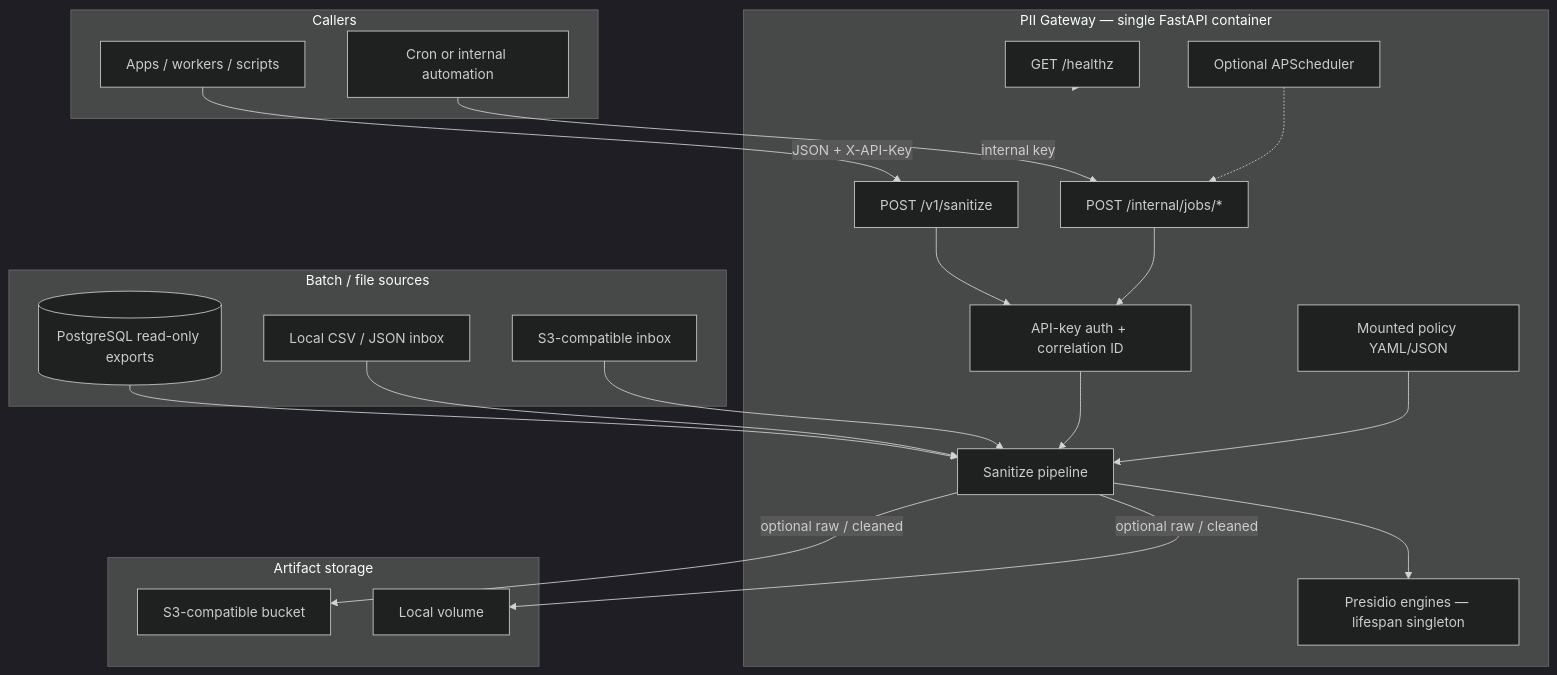
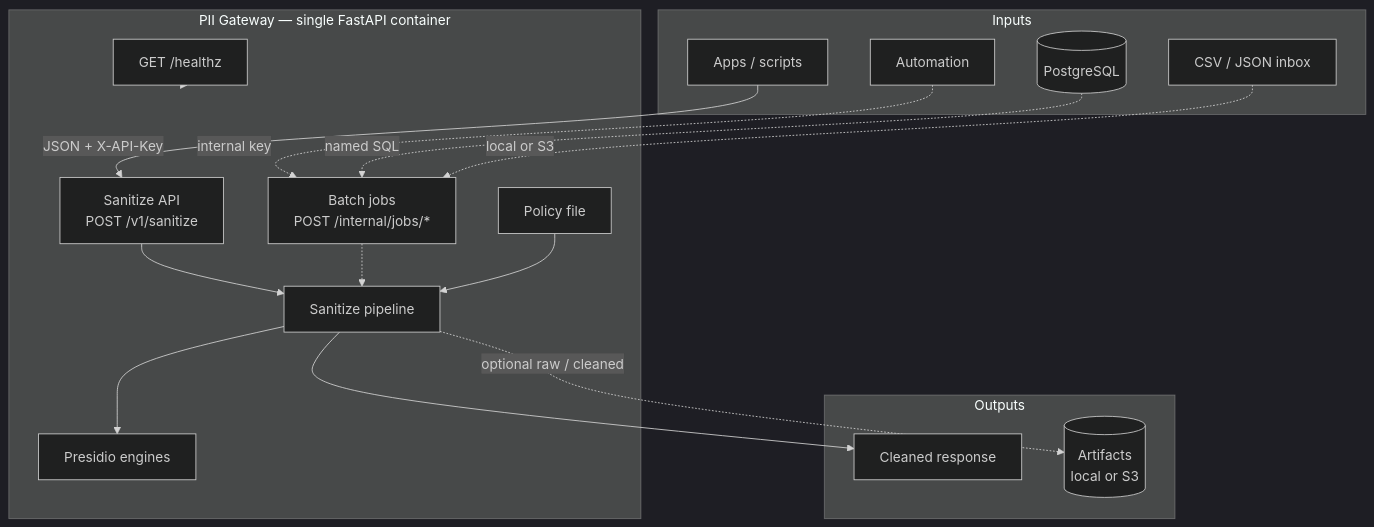
The diagram in docs/architecture.mmd (aryanjohari/pii-gateway), drawn with Mermaid (dark theme) before and after one commit. The commit also changed 12 other files, not shown here.

```diff
--- a/docs/architecture.mmd
+++ b/docs/architecture.mmd
@@ -1,47 +1,37 @@
-%% PII Gateway — portfolio / How it works diagram
-%% Canonical Mermaid source. Keep in sync with any embedded copy in docs.
+%% PII Gateway — portfolio / How it works diagram (aligned with C2)
+%% Canonical Mermaid source. Keep in sync with docs/c4/2-containers.* and architecture.graph.json.
 %% View: https://mermaid.live  |  local: open docs/view-architecture.html
 
 flowchart TB
-  subgraph callers["Callers"]
-    APP[Apps / workers / scripts]
-    AUTO[Cron or internal automation]
+  subgraph inputs["Inputs"]
+    APP[Apps / scripts]
+    AUTO[Automation]
+    PG[(PostgreSQL)]
+    INBOX[CSV / JSON inbox]
   end
 
-  subgraph gw["PII Gateway — single FastAPI container"]
-    SAN[POST /v1/sanitize]
-    JOBS[POST /internal/jobs/*]
+  subgraph core["PII Gateway — single FastAPI container"]
+    SAN[Sanitize API<br/>POST /v1/sanitize]
+    JOBS[Batch jobs<br/>POST /internal/jobs/*]
     HZ[GET /healthz]
-    AUTH[API-key auth + correlation ID]
-    POL[Mounted policy YAML/JSON]
+    POL[Policy file]
     PIPE[Sanitize pipeline]
-    PR[Presidio engines — lifespan singleton]
-    SCH[Optional APScheduler]
-
-    SAN --> AUTH
-    JOBS --> AUTH
-    AUTH --> PIPE
-    POL --> PIPE
-    PIPE --> PR
-    SCH -.-> JOBS
+    PR[Presidio engines]
   end
 
-  subgraph inbound["Batch / file sources"]
-    PG[(PostgreSQL read-only exports)]
-    LOC[Local CSV / JSON inbox]
-    S3IN[S3-compatible inbox]
-  end
-
-  subgraph out["Artifact storage"]
-    DISK[Local volume]
-    S3OUT[S3-compatible bucket]
+  subgraph outputs["Outputs"]
+    RESP[Cleaned response]
+    ART[(Artifacts<br/>local or S3)]
   end
 
   APP -->|JSON + X-API-Key| SAN
-  AUTO -->|internal key| JOBS
-  PG --> PIPE
-  LOC --> PIPE
-  S3IN --> PIPE
-  PIPE -->|optional raw / cleaned| DISK
-  PIPE -->|optional raw / cleaned| S3OUT
-  HZ -.-> gw
+  AUTO -.->|internal key| JOBS
+  PG -.->|named SQL| JOBS
+  INBOX -.->|local or S3| JOBS
+  SAN --> PIPE
+  JOBS -.-> PIPE
+  POL --> PIPE
+  PIPE --> PR
+  PIPE --> RESP
+  PIPE -.->|optional raw / cleaned| ART
+  HZ -.-> core
```
